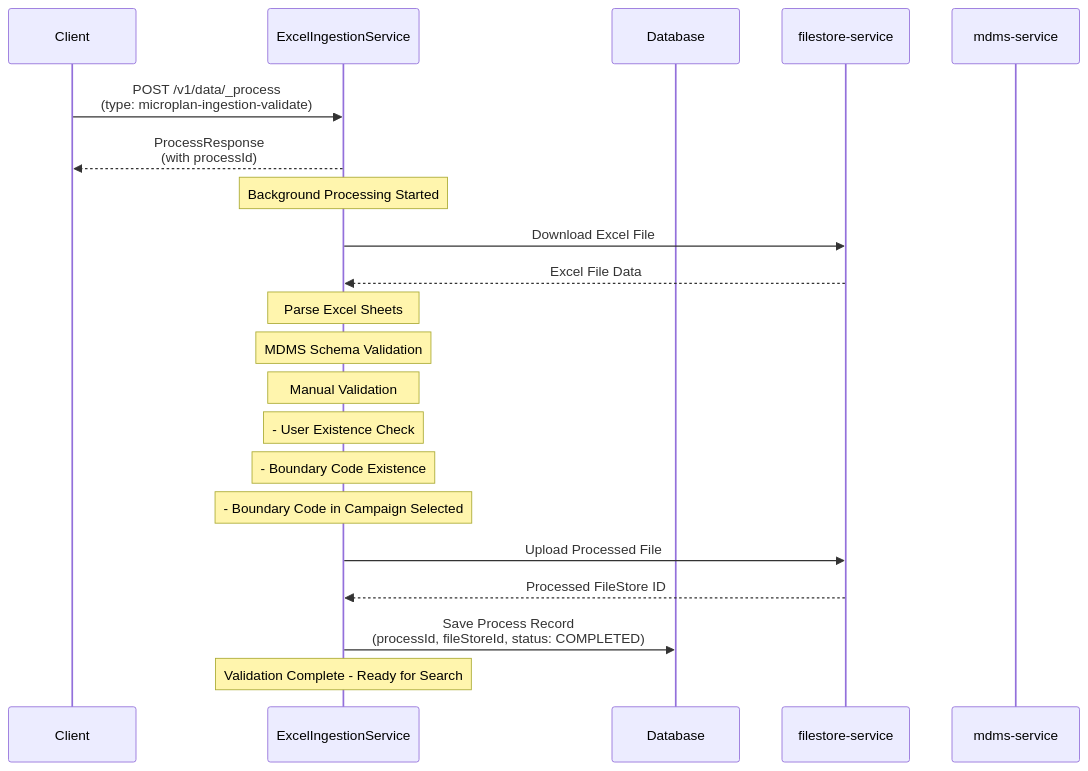
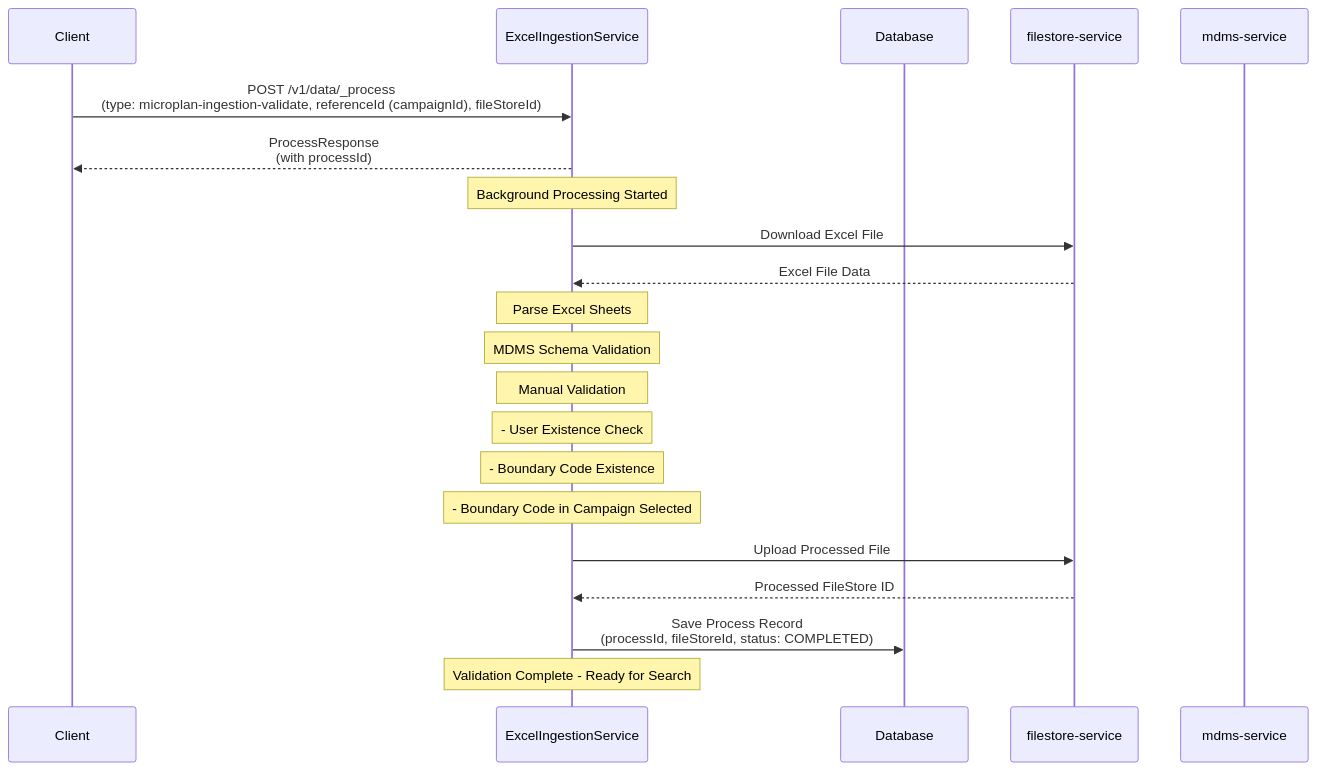
Before and after one commit to ashish-egov/campaign-whole-sheet-ingestion: the second of 5 diagrams in tempDesign.md, drawn with Mermaid. The commit also changed other lines of this file, not shown here.

````diff
--- a/tempDesign.md
+++ b/tempDesign.md
@@ -52,31 +52,31 @@
 ```mermaid
 sequenceDiagram
     participant Client
     participant ExcelIngestionService
     participant Database
     participant filestore-service
     participant mdms-service
     
-    Client->>ExcelIngestionService: POST /v1/data/_process<br/>(type: microplan-ingestion-validate)
+    Client->>ExcelIngestionService: POST /v1/data/_process<br/>(type: microplan-ingestion-validate, referenceId (campaignId), fileStoreId)
     
     ExcelIngestionService-->>Client: ProcessResponse<br/>(with processId)
     
     Note over ExcelIngestionService: Background Processing Started
     
     ExcelIngestionService->>filestore-service: Download Excel File
     filestore-service-->>ExcelIngestionService: Excel File Data
     
     Note over ExcelIngestionService: Parse Excel Sheets
     Note over ExcelIngestionService: MDMS Schema Validation
     Note over ExcelIngestionService: Manual Validation
     Note over ExcelIngestionService: - User Existence Check
     Note over ExcelIngestionService: - Boundary Code Existence
     Note over ExcelIngestionService: - Boundary Code in Campaign Selected
     
     ExcelIngestionService->>filestore-service: Upload Processed File
     filestore-service-->>ExcelIngestionService: Processed FileStore ID
     
     ExcelIngestionService->>Database: Save Process Record<br/>(processId, fileStoreId, status: COMPLETED)
     
     Note over ExcelIngestionService: Validation Complete - Ready for Search
 ```
````
